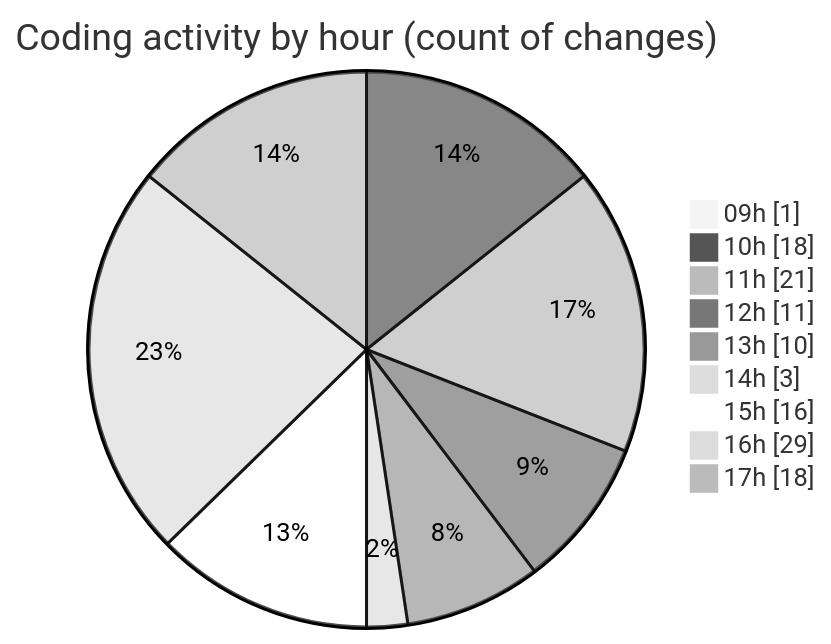
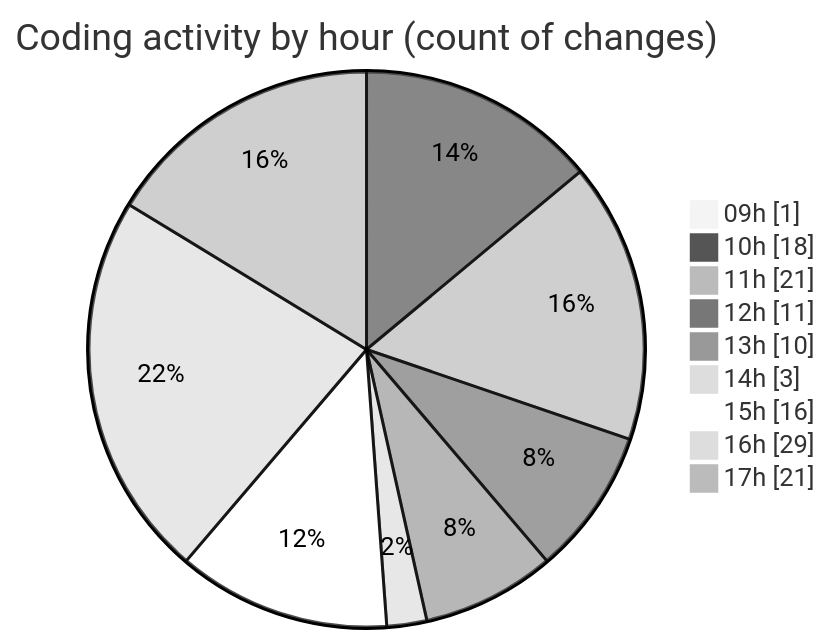
The second of 2 diagrams in 2026-08-11/cda/README.md (momahboobian/code-tracking), drawn with Mermaid (neutral theme) before and after one commit. The commit also changed other lines of this file and 1 other file, not shown here.

````diff
--- a/2026-08-11/cda/README.md
+++ b/2026-08-11/cda/README.md
@@ -80,13 +80,13 @@
 ```mermaid
 pie showData
 title Coding activity by hour (count of changes)
 "09h" : 1
 "10h" : 18
 "11h" : 21
 "12h" : 11
 "13h" : 10
 "14h" : 3
 "15h" : 16
 "16h" : 29
-"17h" : 18
+"17h" : 21
 ```
````
